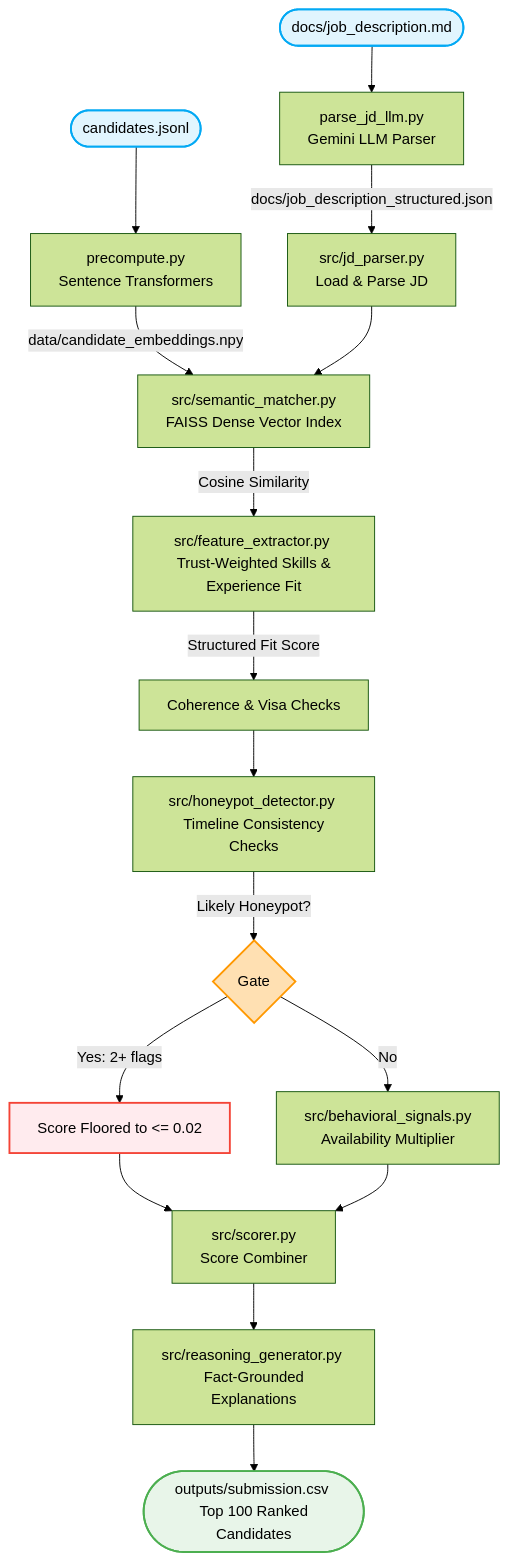
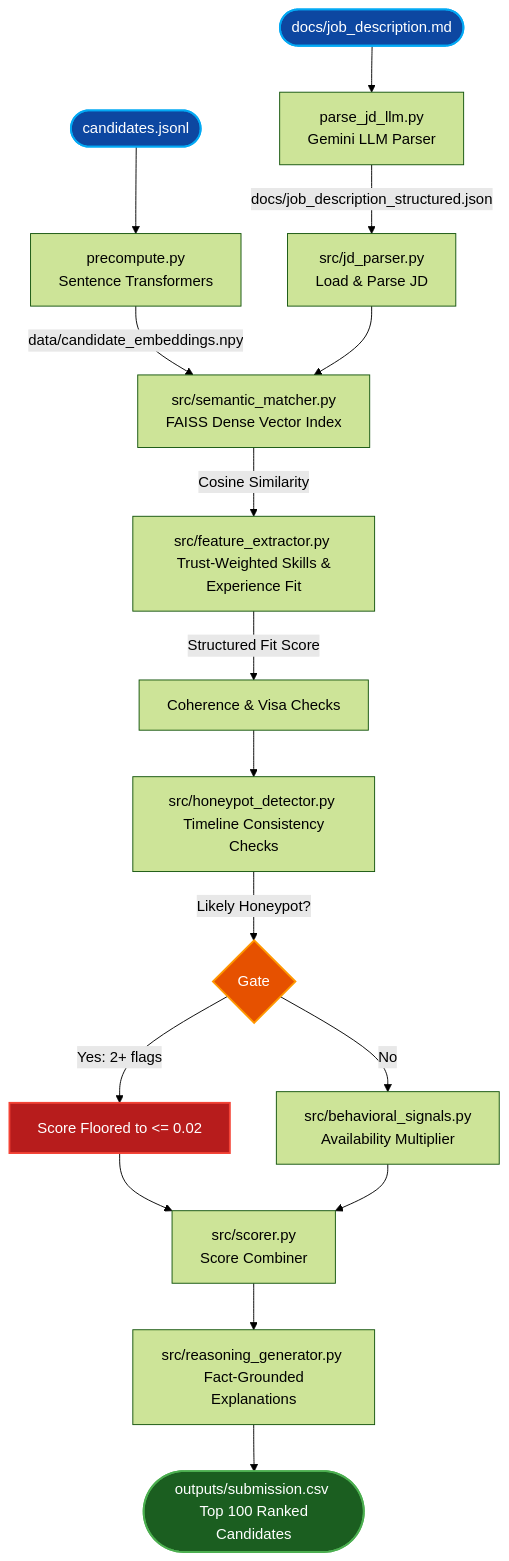
Before and after one commit to DivyanshGahlaut/redrob-ai-candidate-ranking: the diagram in README.md, drawn with Mermaid (forest theme).

Commit message:
Improve README flow chart node text readability and colors

````diff
--- a/README.md
+++ b/README.md
@@ -34,33 +34,33 @@
 ```mermaid
 graph TD
     %% Nodes
     JD([docs/job_description.md]) --> LLM_Parser[parse_jd_llm.py <br> Gemini LLM Parser]
     LLM_Parser --> |docs/job_description_structured.json| JD_Parser[src/jd_parser.py <br> Load & Parse JD]
     
     Cands([candidates.jsonl]) --> Embeddings[precompute.py <br> Sentence Transformers]
     Embeddings --> |data/candidate_embeddings.npy| Matcher[src/semantic_matcher.py <br> FAISS Dense Vector Index]
     
     JD_Parser --> Matcher
     
     Matcher --> |Cosine Similarity| Extractor[src/feature_extractor.py <br> Trust-Weighted Skills & Experience Fit]
     Extractor --> |Structured Fit Score| Coherence[Coherence & Visa Checks]
     
     Coherence --> HP_Detector[src/honeypot_detector.py <br> Timeline Consistency Checks]
     
     HP_Detector --> |Likely Honeypot?| HP_Gate{Gate}
     HP_Gate --> |Yes: 2+ flags| Floor[Score Floored to <= 0.02]
     HP_Gate --> |No| Signals[src/behavioral_signals.py <br> Availability Multiplier]
     
     Floor --> Scorer[src/scorer.py <br> Score Combiner]
     Signals --> Scorer
     
     Scorer --> Gen_Reasoning[src/reasoning_generator.py <br> Fact-Grounded Explanations]
     Gen_Reasoning --> Output([outputs/submission.csv <br> Top 100 Ranked Candidates])
 
     %% Styling
-    style JD fill:#e1f5fe,stroke:#03a9f4,stroke-width:2px;
-    style Cands fill:#e1f5fe,stroke:#03a9f4,stroke-width:2px;
-    style Output fill:#e8f5e9,stroke:#4caf50,stroke-width:2px;
-    style HP_Gate fill:#ffe0b2,stroke:#ff9800,stroke-width:2px;
-    style Floor fill:#ffebee,stroke:#f44336,stroke-width:2px;
+    style JD fill:#0d47a1,stroke:#03a9f4,stroke-width:2px,color:#ffffff;
+    style Cands fill:#0d47a1,stroke:#03a9f4,stroke-width:2px,color:#ffffff;
+    style Output fill:#1b5e20,stroke:#4caf50,stroke-width:2px,color:#ffffff;
+    style HP_Gate fill:#e65100,stroke:#ff9800,stroke-width:2px,color:#ffffff;
+    style Floor fill:#b71c1c,stroke:#f44336,stroke-width:2px,color:#ffffff;
 ```
````
